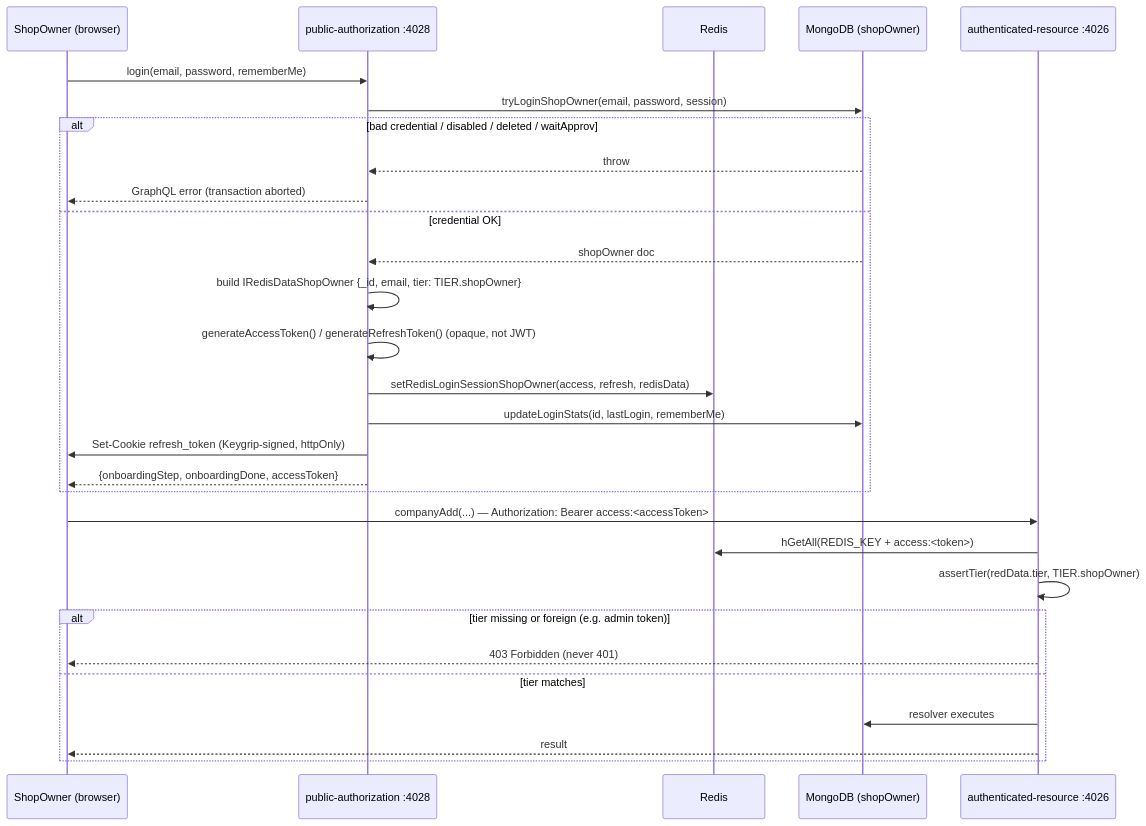
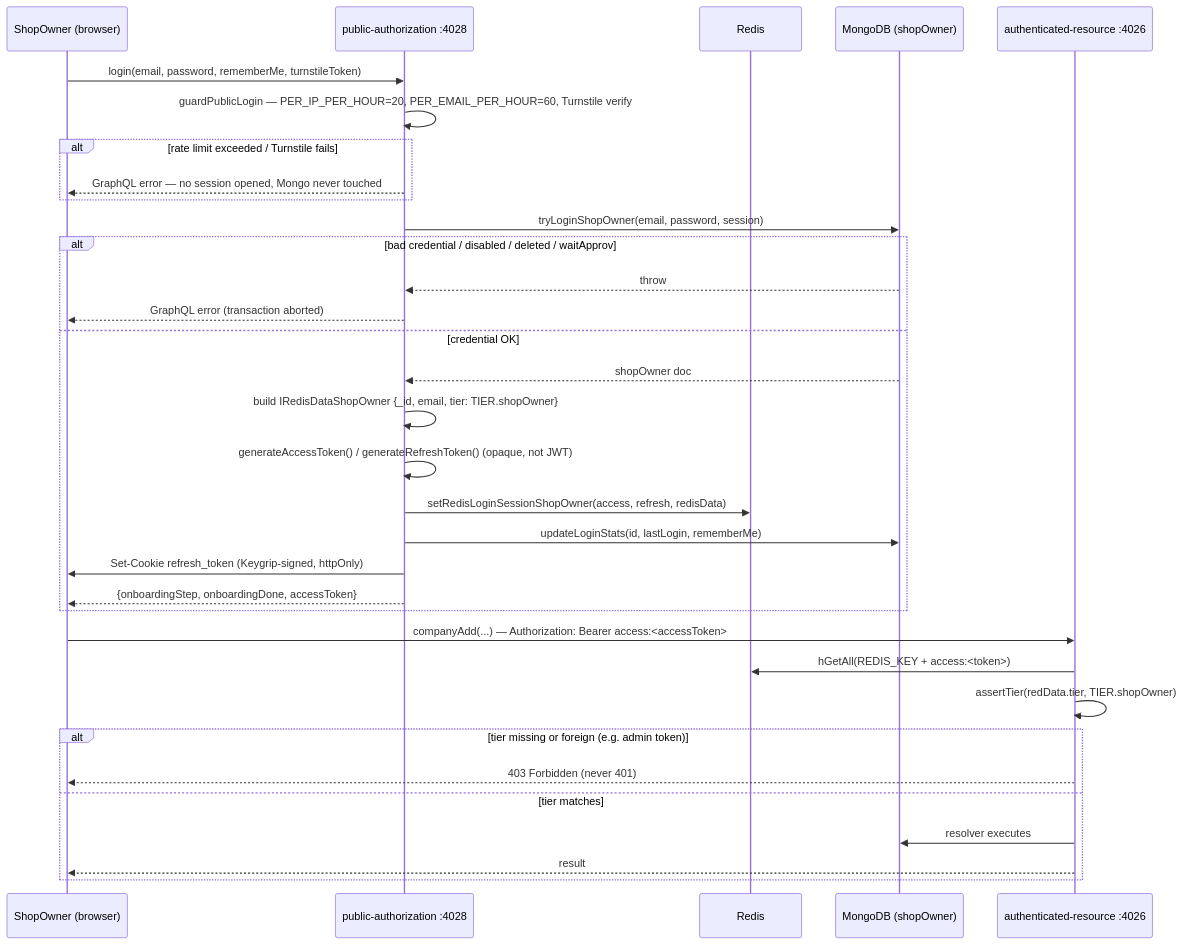
One commit to Axiumine/fullstack-marketplace-blueprint changed the first of 7 diagrams in docs/devprotocol/phase5/SEQUENCE_DIAGRAMS.md. Above: the diagram before and after it, drawn with Mermaid. The commit also changed other lines of this file and 18 other files, not shown here.

````diff
--- a/docs/devprotocol/phase5/SEQUENCE_DIAGRAMS.md
+++ b/docs/devprotocol/phase5/SEQUENCE_DIAGRAMS.md
@@ -93,33 +94,37 @@
 ```mermaid
 sequenceDiagram
     participant SO as ShopOwner (browser)
     participant PA as public-authorization :4028
     participant Redis
     participant Mongo as MongoDB (shopOwner)
     participant AR as authenticated-resource :4026
 
-    SO->>PA: login(email, password, rememberMe)
+    SO->>PA: login(email, password, rememberMe, turnstileToken)
+    PA->>PA: guardPublicLogin — PER_IP_PER_HOUR=20, PER_EMAIL_PER_HOUR=60, Turnstile verify
+    alt rate limit exceeded / Turnstile fails
+        PA-->>SO: GraphQL error — no session opened, Mongo never touched
+    end
     PA->>Mongo: tryLoginShopOwner(email, password, session)
     alt bad credential / disabled / deleted / waitApprov
         Mongo-->>PA: throw
         PA-->>SO: GraphQL error (transaction aborted)
     else credential OK
         Mongo-->>PA: shopOwner doc
         PA->>PA: build IRedisDataShopOwner {_id, email, tier: TIER.shopOwner}
         PA->>PA: generateAccessToken() / generateRefreshToken() (opaque, not JWT)
         PA->>Redis: setRedisLoginSessionShopOwner(access, refresh, redisData)
         PA->>Mongo: updateLoginStats(id, lastLogin, rememberMe)
         PA->>SO: Set-Cookie refresh_token (Keygrip-signed, httpOnly)
         PA-->>SO: {onboardingStep, onboardingDone, accessToken}
     end
 
     SO->>AR: companyAdd(...) — Authorization: Bearer access:<accessToken>
     AR->>Redis: hGetAll(REDIS_KEY + access:<token>)
     AR->>AR: assertTier(redData.tier, TIER.shopOwner)
     alt tier missing or foreign (e.g. admin token)
         AR-->>SO: 403 Forbidden (never 401)
     else tier matches
         AR->>Mongo: resolver executes
         AR-->>SO: result
     end
 ```
````
